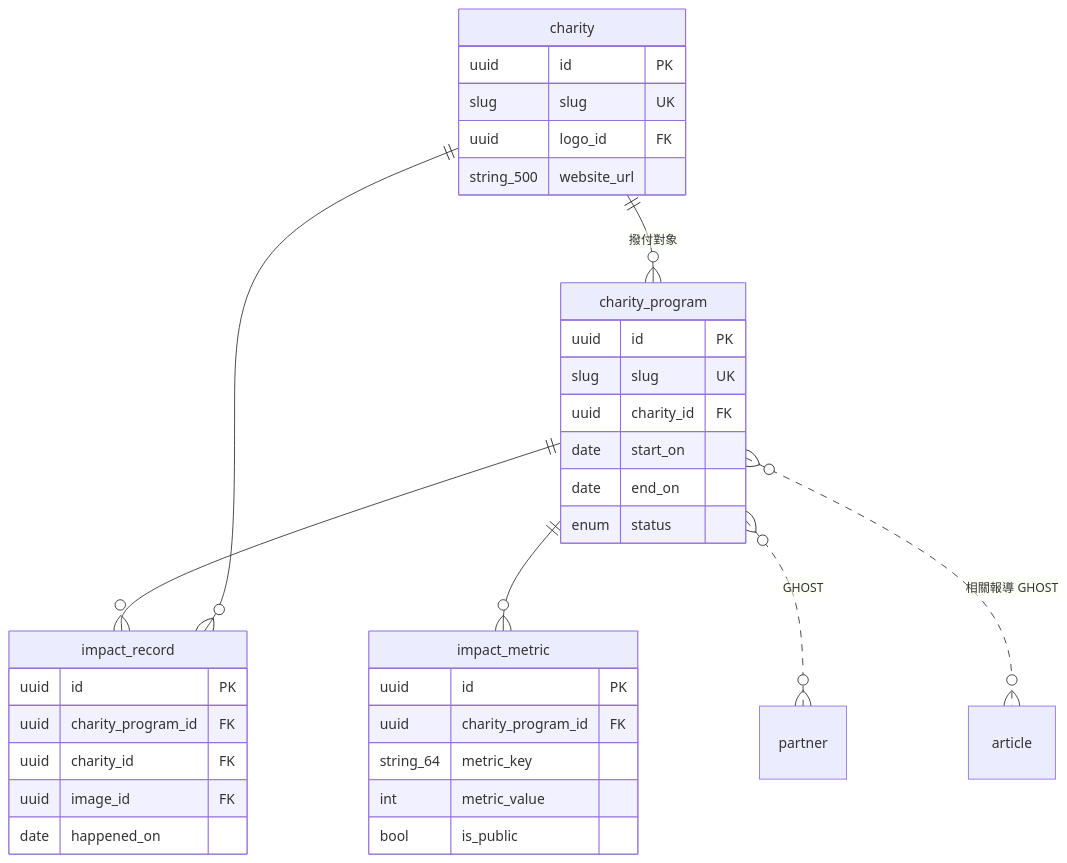
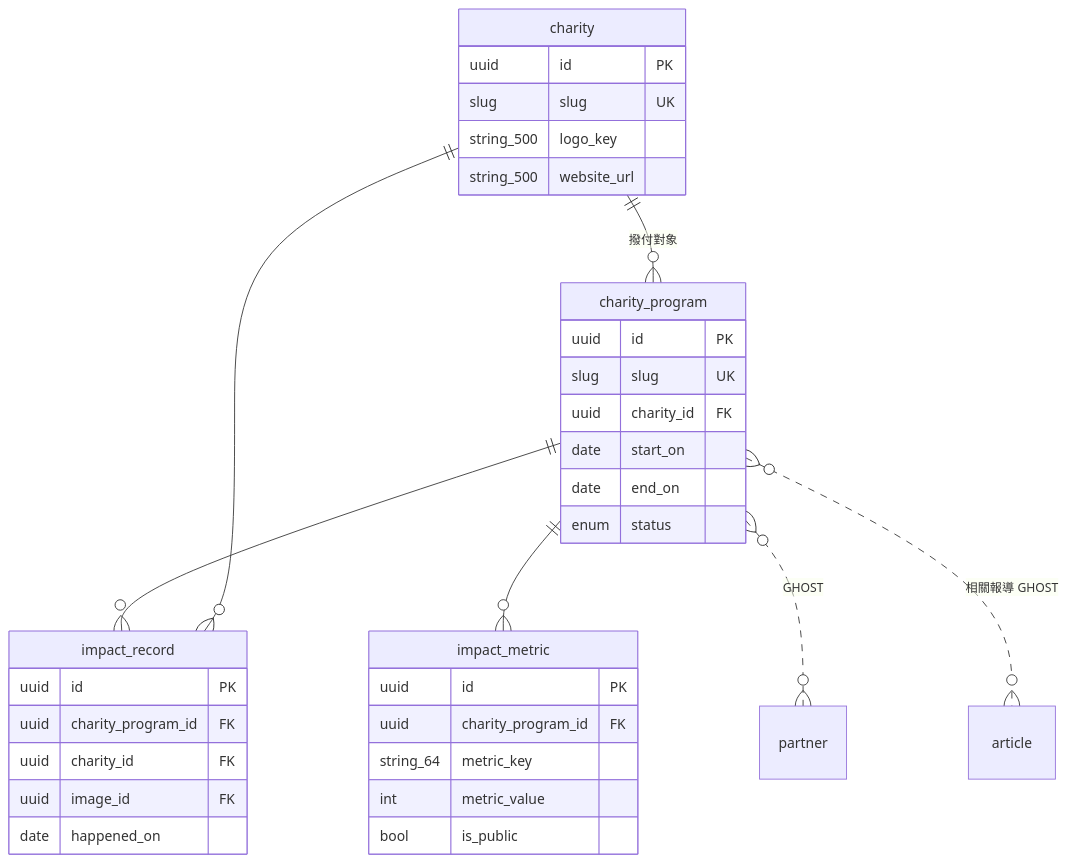
Diagram 13 of 16 in docs/12a-database-erd.md (waiting0201/tcrfc), drawn with Mermaid before and after one commit. The commit also changed other lines of this file and 24 other files, not shown here.

First line of the commit message:
feat: 後台圖片改為欄位直傳，新增 STATUS.md 工作追蹤表

````diff
--- a/docs/12a-database-erd.md
+++ b/docs/12a-database-erd.md
@@ -827,37 +827,37 @@
 ```mermaid
 erDiagram
   charity ||--o{ charity_program : "撥付對象"
   charity_program ||--o{ impact_record : ""
   charity ||--o{ impact_record : ""
   charity_program ||--o{ impact_metric : ""
   charity_program }o..o{ partner : "GHOST"
   charity_program }o..o{ article : "相關報導 GHOST"
   charity {
     uuid id PK
     slug slug UK
-    uuid logo_id FK
+    string_500 logo_key
     string_500 website_url
   }
   charity_program {
     uuid id PK
     slug slug UK
     uuid charity_id FK
     date start_on
     date end_on
     enum status
   }
   impact_record {
     uuid id PK
     uuid charity_program_id FK
     uuid charity_id FK
     uuid image_id FK
     date happened_on
   }
   impact_metric {
     uuid id PK
     uuid charity_program_id FK
     string_64 metric_key
     int metric_value
     bool is_public
   }
 ```
````
